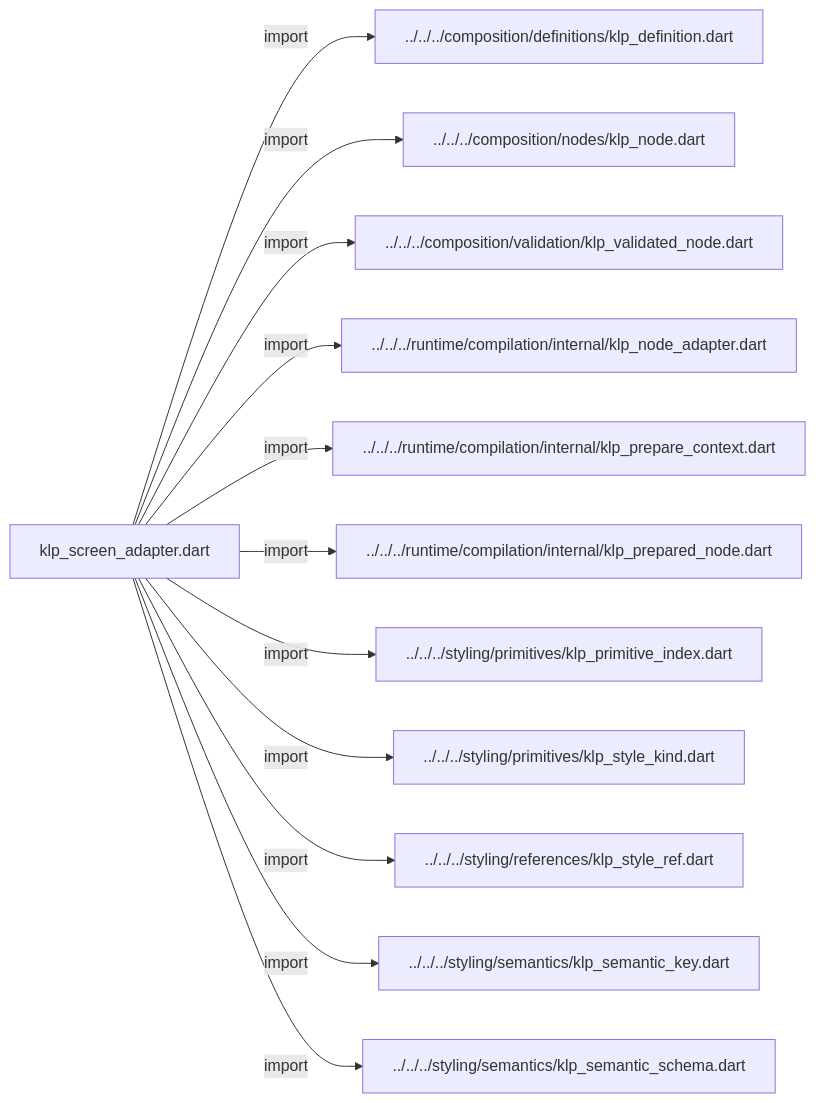
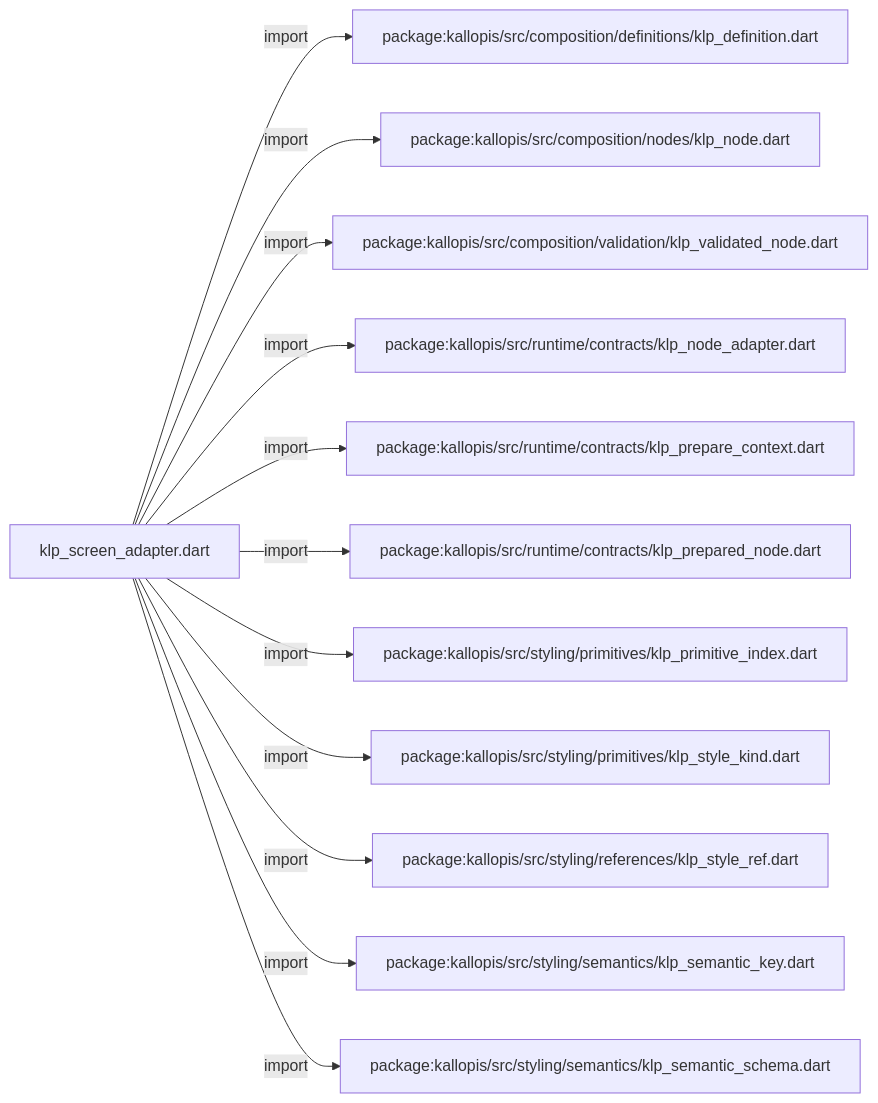
Before and after one commit to MiuDog/Kallopis: the first of 4 diagrams in docs/architecture/src/application/bootstrap/internal/klp_screen_adapter.md, drawn with Mermaid. The commit also changed other lines of this file and 9688 other files, not shown here.

Commit message:
Prepare isolated Flow F2 peer baseline

````diff
--- a/docs/architecture/src/application/bootstrap/internal/klp_screen_adapter.md
+++ b/docs/architecture/src/application/bootstrap/internal/klp_screen_adapter.md
@@ -11,26 +11,26 @@
 ```mermaid
 flowchart LR
 	n0["klp_screen_adapter.dart"]
-	n1["../../../composition/definitions/klp_definition.dart"]
-	n2["../../../composition/nodes/klp_node.dart"]
-	n3["../../../composition/validation/klp_validated_node.dart"]
-	n4["../../../runtime/compilation/internal/klp_node_adapter.dart"]
-	n5["../../../runtime/compilation/internal/klp_prepare_context.dart"]
-	n6["../../../runtime/compilation/internal/klp_prepared_node.dart"]
-	n7["../../../styling/primitives/klp_primitive_index.dart"]
-	n8["../../../styling/primitives/klp_style_kind.dart"]
-	n9["../../../styling/references/klp_style_ref.dart"]
-	n10["../../../styling/semantics/klp_semantic_key.dart"]
-	n11["../../../styling/semantics/klp_semantic_schema.dart"]
+	n1["package:kallopis/src/composition/definitions/klp_definition.dart"]
+	n2["package:kallopis/src/composition/nodes/klp_node.dart"]
+	n3["package:kallopis/src/composition/validation/klp_validated_node.dart"]
+	n4["package:kallopis/src/runtime/contracts/klp_node_adapter.dart"]
+	n5["package:kallopis/src/runtime/contracts/klp_prepare_context.dart"]
+	n6["package:kallopis/src/runtime/contracts/klp_prepared_node.dart"]
+	n7["package:kallopis/src/styling/primitives/klp_primitive_index.dart"]
+	n8["package:kallopis/src/styling/primitives/klp_style_kind.dart"]
+	n9["package:kallopis/src/styling/references/klp_style_ref.dart"]
+	n10["package:kallopis/src/styling/semantics/klp_semantic_key.dart"]
+	n11["package:kallopis/src/styling/semantics/klp_semantic_schema.dart"]
 	n0 -->|"import"| n1
 	n0 -->|"import"| n2
 	n0 -->|"import"| n3
 	n0 -->|"import"| n4
 	n0 -->|"import"| n5
 	n0 -->|"import"| n6
 	n0 -->|"import"| n7
 	n0 -->|"import"| n8
 	n0 -->|"import"| n9
 	n0 -->|"import"| n10
 	n0 -->|"import"| n11
 ```
````
